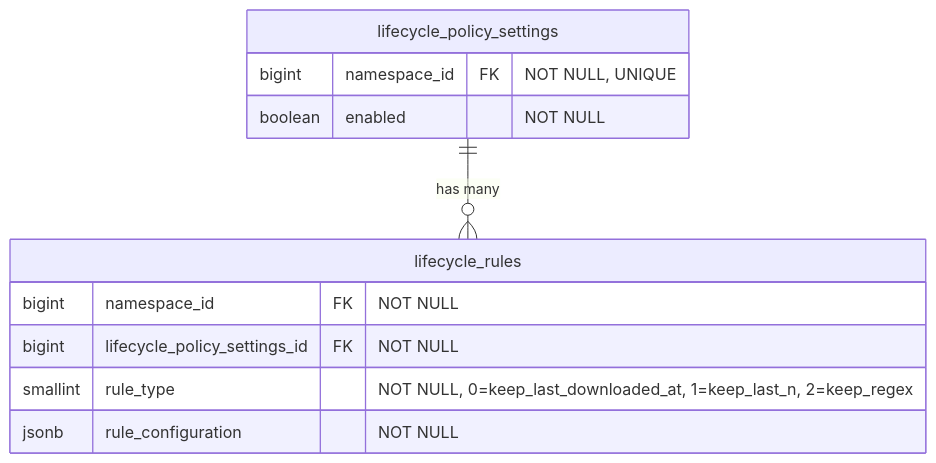
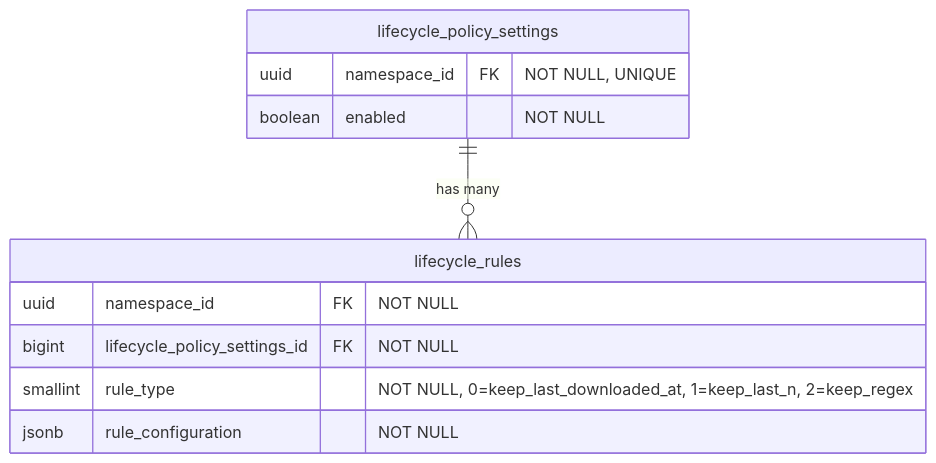
The fifth of 17 diagrams in content/handbook/engineering/architecture/design-documents/artifact_registry/decisions/007_database_schema.md (kyama0/gitlab-handbook-ja), drawn with Mermaid before and after one commit. The commit also changed other lines of this file and 10 other files, not shown here.

Commit message:
translation: update 10 modified engineering architecture artifact_registry + ai editor-extensions files

````diff
--- a/content/handbook/engineering/architecture/design-documents/artifact_registry/decisions/007_database_schema.md
+++ b/content/handbook/engineering/architecture/design-documents/artifact_registry/decisions/007_database_schema.md
@@ -251,16 +251,16 @@
 ```mermaid
 erDiagram
     lifecycle_policy_settings ||--o{ lifecycle_rules : "has many"
 
     lifecycle_policy_settings {
-        bigint namespace_id FK "NOT NULL, UNIQUE"
+        uuid namespace_id FK "NOT NULL, UNIQUE"
         boolean enabled "NOT NULL"
     }
 
     lifecycle_rules {
-        bigint namespace_id FK "NOT NULL"
+        uuid namespace_id FK "NOT NULL"
         bigint lifecycle_policy_settings_id FK "NOT NULL"
         smallint rule_type "NOT NULL, 0=keep_last_downloaded_at, 1=keep_last_n, 2=keep_regex"
         jsonb rule_configuration "NOT NULL"
     }
 ```
````
